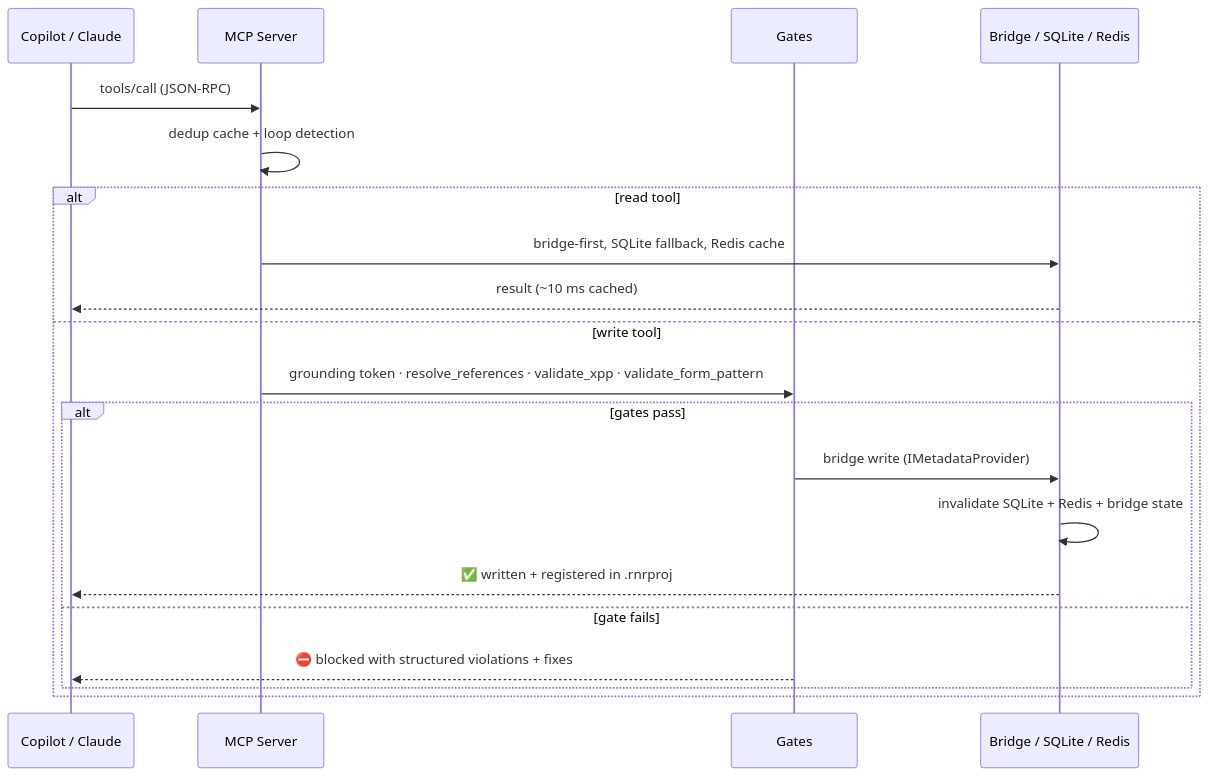
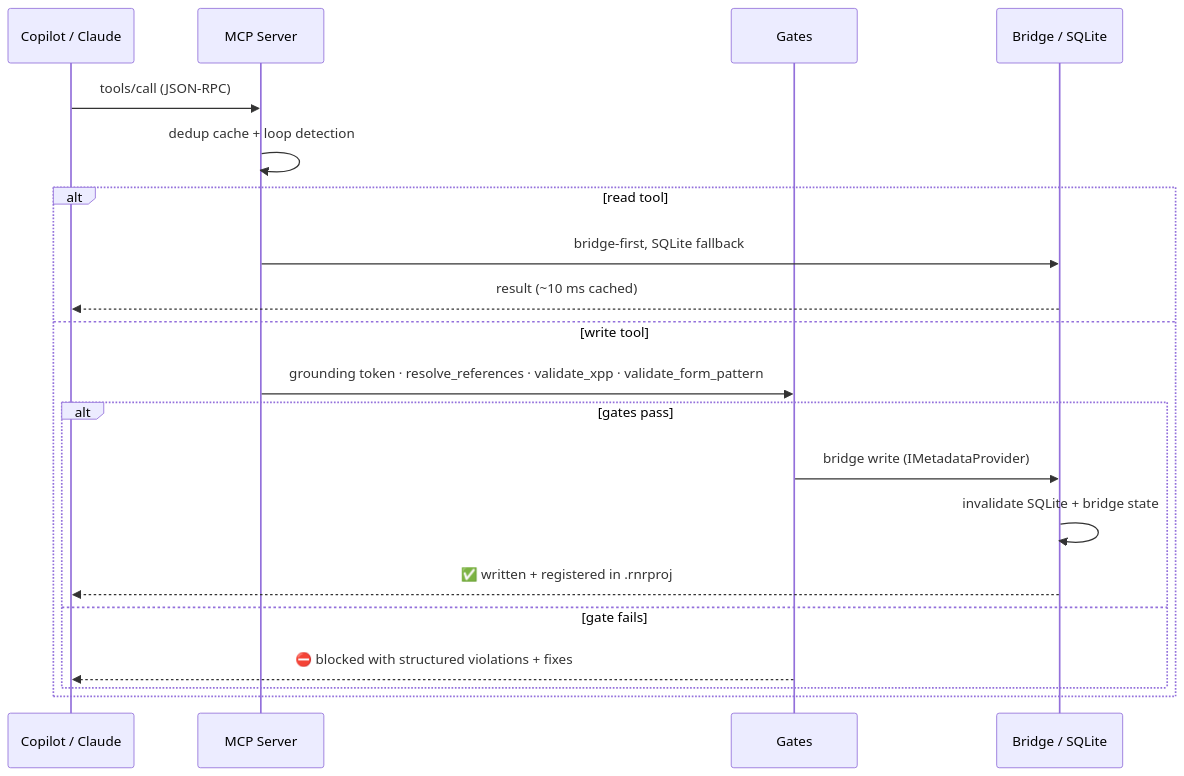
One commit to laeliand/d365fo-mcp-server changed the second of 5 diagrams in docs/ARCHITECTURE.md. Above: the diagram before and after it, drawn with Mermaid. The commit also changed other lines of this file and 14 other files, not shown here.

First line of the commit message:
feat: remove Redis cache dependency

````diff
--- a/docs/ARCHITECTURE.md
+++ b/docs/ARCHITECTURE.md
@@ -56,23 +54,23 @@
 ```mermaid
 sequenceDiagram
     participant IDE as Copilot / Claude
     participant SRV as MCP Server
     participant GATE as Gates
-    participant SRC as Bridge / SQLite / Redis
+    participant SRC as Bridge / SQLite
 
     IDE->>SRV: tools/call (JSON-RPC)
     SRV->>SRV: dedup cache + loop detection
     alt read tool
-        SRV->>SRC: bridge-first, SQLite fallback, Redis cache
+        SRV->>SRC: bridge-first, SQLite fallback
         SRC-->>IDE: result (~10 ms cached)
     else write tool
         SRV->>GATE: grounding token · resolve_references · validate_xpp · validate_form_pattern
         alt gates pass
             GATE->>SRC: bridge write (IMetadataProvider)
-            SRC->>SRC: invalidate SQLite + Redis + bridge state
+            SRC->>SRC: invalidate SQLite + bridge state
             SRC-->>IDE: ✅ written + registered in .rnrproj
         else gate fails
             GATE-->>IDE: ⛔ blocked with structured violations + fixes
         end
     end
 ```
````
